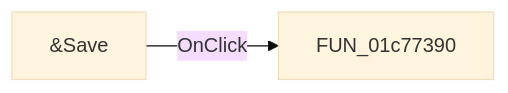
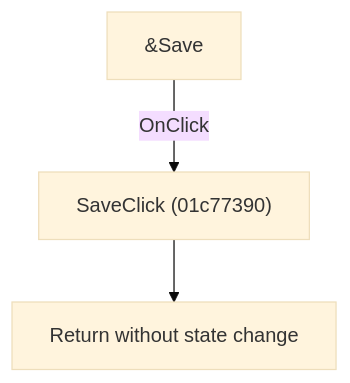
One commit to MovGP0/TIARA changed the diagram in docs/ui-controls/schematiceditor/save-40f79b9d33.md. Above: the diagram before and after it, drawn with Mermaid (base theme). The commit also changed other lines of this file and 1062 other files, not shown here.

````diff
--- a/docs/ui-controls/schematiceditor/save-40f79b9d33.md
+++ b/docs/ui-controls/schematiceditor/save-40f79b9d33.md
@@ -27,4 +27,5 @@
 ```mermaid
-flowchart LR
-    control["&Save"] -->|OnClick| handler["FUN_01c77390"]
+flowchart TD
+    control["&Save"] -->|"OnClick"| handler["SaveClick (01c77390)"]
+    handler --> return["Return without state change"]
 ```
````
